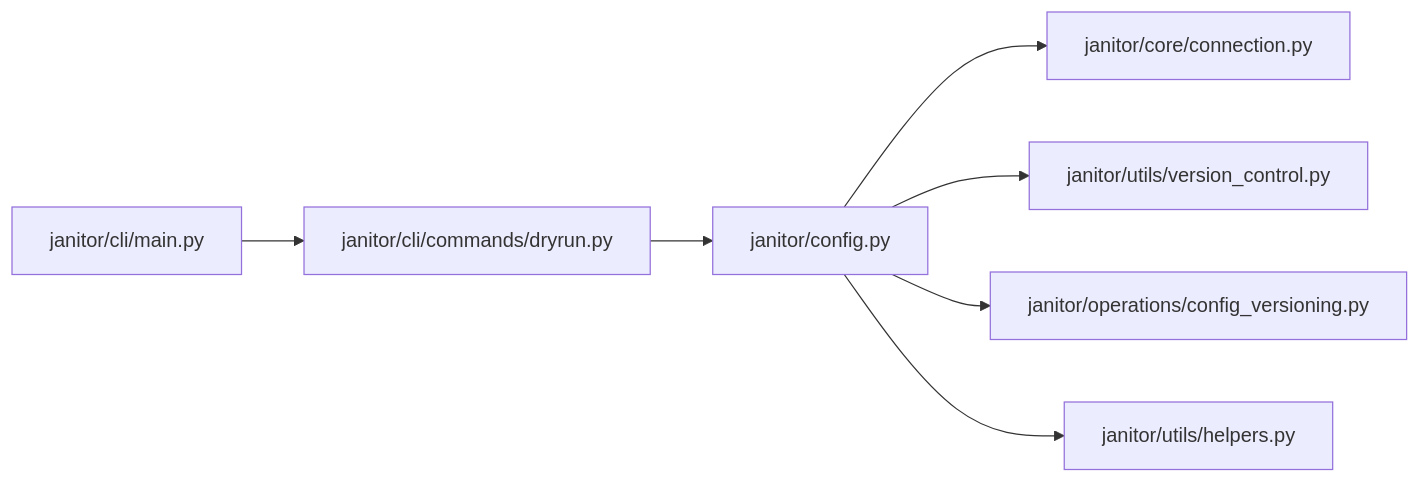
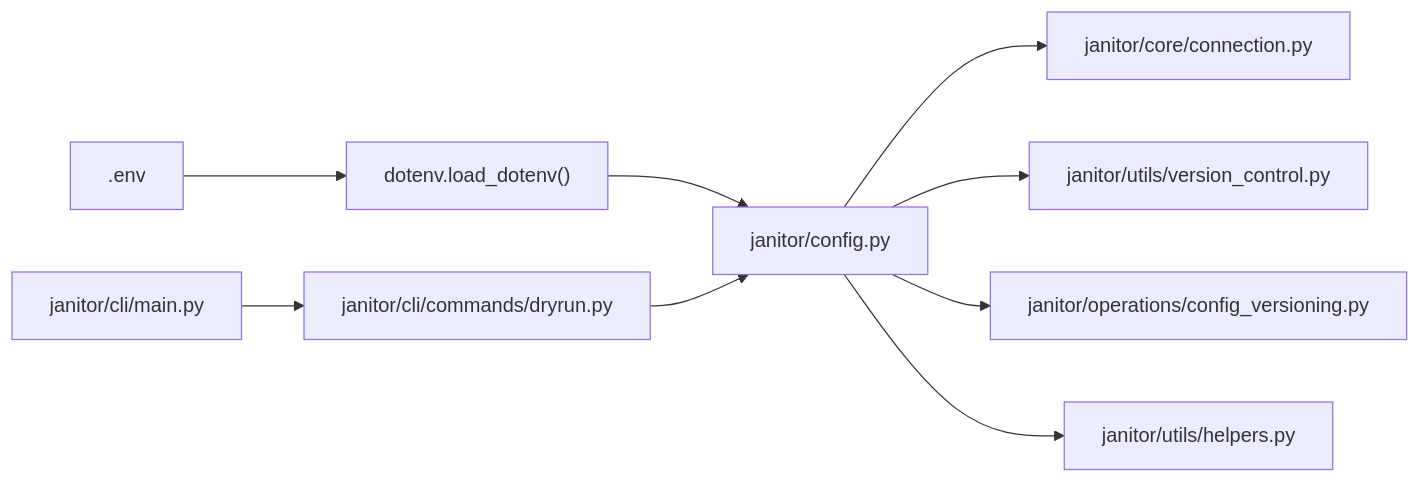
One commit to austinsonger/elastic-janitor changed the eighth of 8 diagrams in .qoder/repowiki/en/content/Configuration and Customization.md. Above: the diagram before and after it, drawn with Mermaid. The commit also changed other lines of this file and 51 other files, not shown here.

````diff
--- a/.qoder/repowiki/en/content/Configuration and Customization.md
+++ b/.qoder/repowiki/en/content/Configuration and Customization.md
@@ -265,9 +317,11 @@
 ```mermaid
 graph LR
-Cfg["janitor/config.py"] --> Conn["janitor/core/connection.py"]
+DotEnv[".env"] --> Loader["dotenv.load_dotenv()"]
+Loader --> Cfg["janitor/config.py"]
+Cfg --> Conn["janitor/core/connection.py"]
 Cfg --> VC["janitor/utils/version_control.py"]
 Cfg --> CV["janitor/operations/config_versioning.py"]
 Cfg --> Helpers["janitor/utils/helpers.py"]
 DryrunCLI["janitor/cli/commands/dryrun.py"] --> Cfg
 MainCLI["janitor/cli/main.py"] --> DryrunCLI
 ```
````
